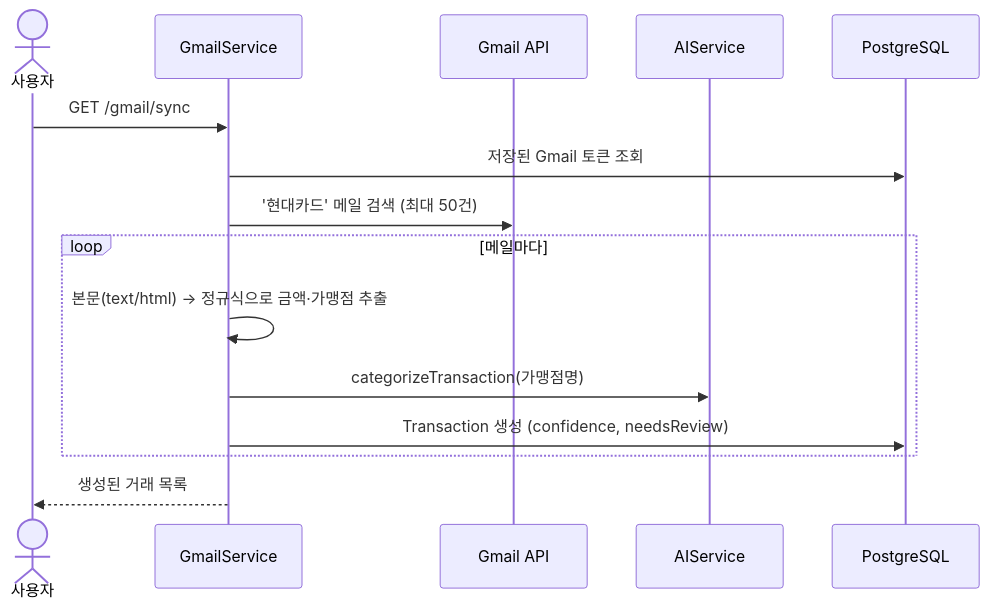
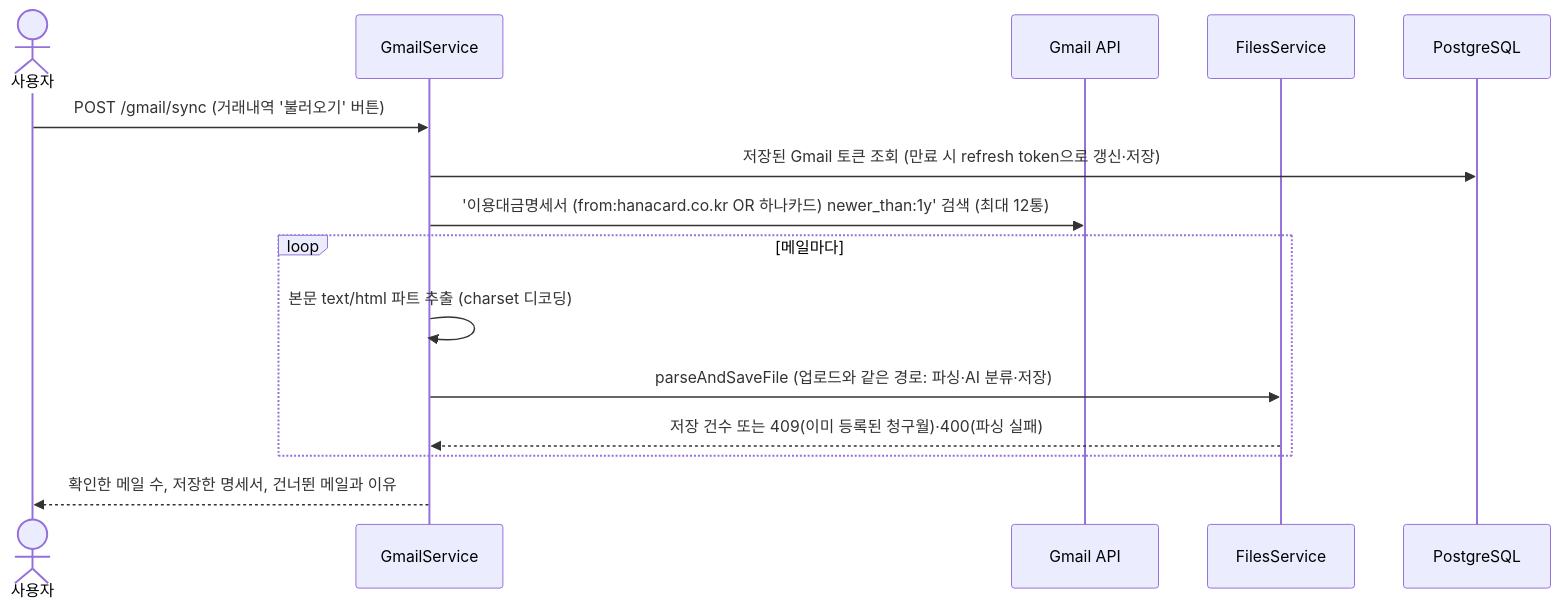
The fifth of 5 diagrams in docs/architecture/current-architecture.md (modis1234/card-expense-tracker), drawn with Mermaid before and after one commit. The commit also changed other lines of this file and 2 other files, not shown here.

First line of the commit message:
[Gmail] 승인 메일 동기화를 하나카드 명세서 메일 불러오기로 교체

````diff
--- a/docs/architecture/current-architecture.md
+++ b/docs/architecture/current-architecture.md
@@ -172,18 +172,18 @@
 ```mermaid
 sequenceDiagram
     actor U as 사용자
     participant S as GmailService
     participant GA as Gmail API
-    participant AI as AIService
+    participant F as FilesService
     participant DB as PostgreSQL
 
-    U->>S: GET /gmail/sync
-    S->>DB: 저장된 Gmail 토큰 조회
-    S->>GA: '현대카드' 메일 검색 (최대 50건)
+    U->>S: POST /gmail/sync (거래내역 '불러오기' 버튼)
+    S->>DB: 저장된 Gmail 토큰 조회 (만료 시 refresh token으로 갱신·저장)
+    S->>GA: '이용대금명세서 (from:hanacard.co.kr OR 하나카드) newer_than:1y' 검색 (최대 12통)
     loop 메일마다
-        S->>S: 본문(text/html) → 정규식으로 금액·가맹점 추출
-        S->>AI: categorizeTransaction(가맹점명)
-        S->>DB: Transaction 생성 (confidence, needsReview)
+        S->>S: 본문 text/html 파트 추출 (charset 디코딩)
+        S->>F: parseAndSaveFile (업로드와 같은 경로: 파싱·AI 분류·저장)
+        F-->>S: 저장 건수 또는 409(이미 등록된 청구월)·400(파싱 실패)
     end
-    S-->>U: 생성된 거래 목록
+    S-->>U: 확인한 메일 수, 저장한 명세서, 건너뛴 메일과 이유
 ```
````
